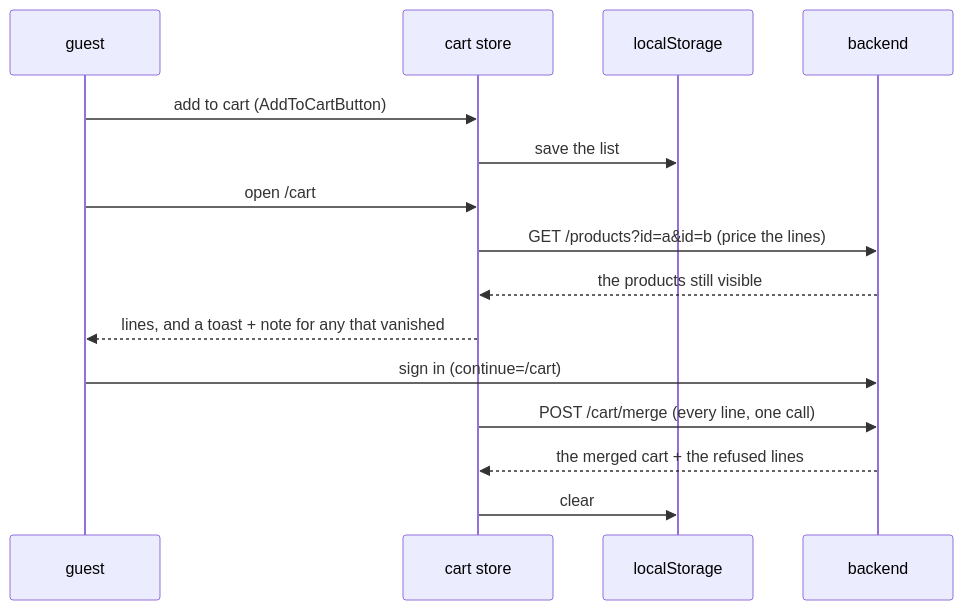
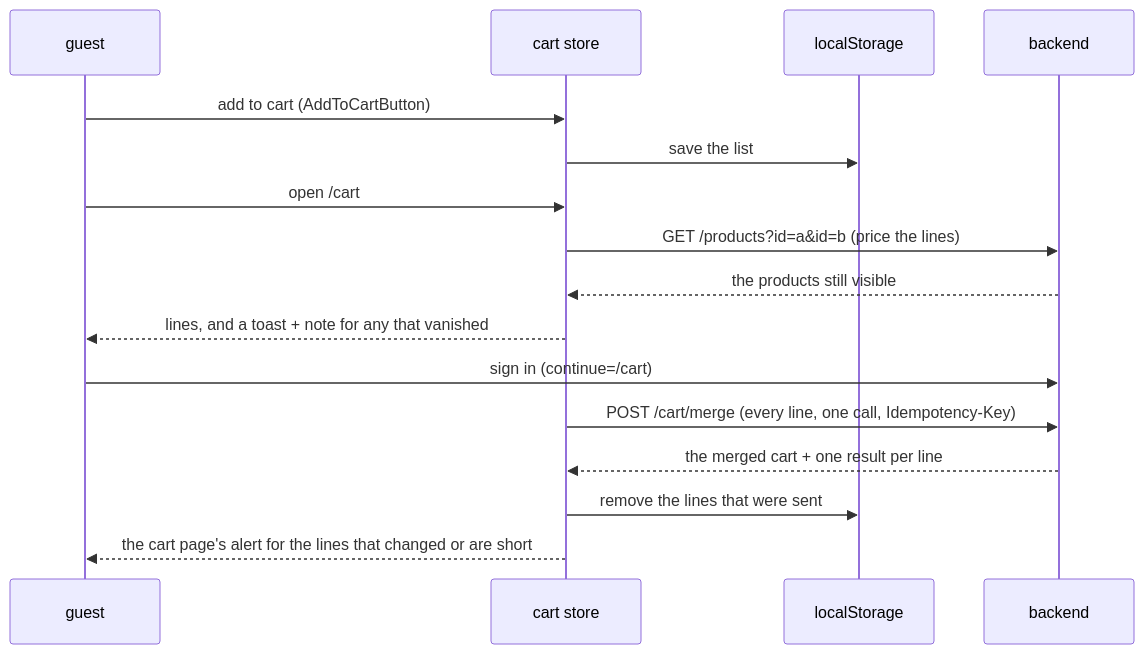
The second of 6 diagrams in docs/modules/cart.md (Guebbit/boilerplate-vue-frontend), drawn with Mermaid before and after one commit. The commit also changed other lines of this file and 134 other files, not shown here.

First line of the commit message:
feat(notifications): a bell for the server inbox, a guest cart and a merge alert

````diff
--- a/docs/modules/cart.md
+++ b/docs/modules/cart.md
@@ -100,17 +104,18 @@
 ```mermaid
 sequenceDiagram
     participant G as guest
     participant S as cart store
     participant LS as localStorage
     participant API as backend
     G->>S: add to cart (AddToCartButton)
     S->>LS: save the list
     G->>S: open /cart
     S->>API: GET /products?id=a&id=b (price the lines)
     API-->>S: the products still visible
     S-->>G: lines, and a toast + note for any that vanished
     G->>API: sign in (continue=/cart)
-    S->>API: POST /cart/merge (every line, one call)
-    API-->>S: the merged cart + the refused lines
-    S->>LS: clear
+    S->>API: POST /cart/merge (every line, one call, Idempotency-Key)
+    API-->>S: the merged cart + one result per line
+    S->>LS: remove the lines that were sent
+    S-->>G: the cart page's alert for the lines that changed or are short
 ```
````
